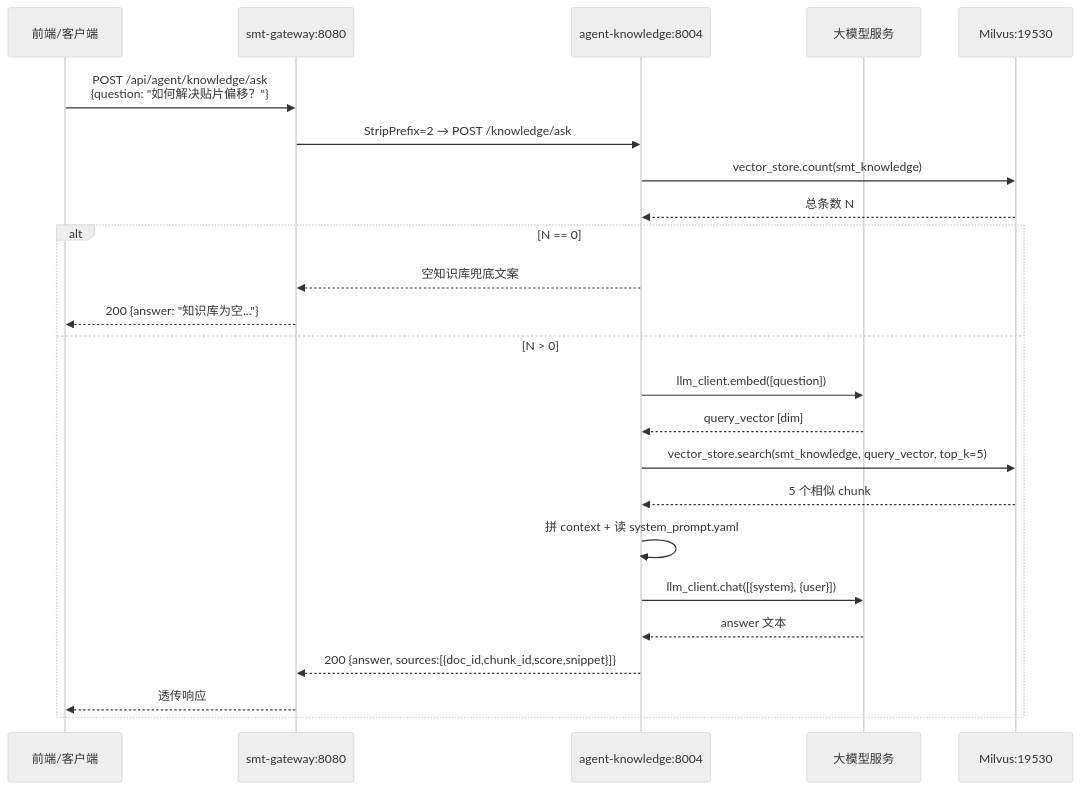
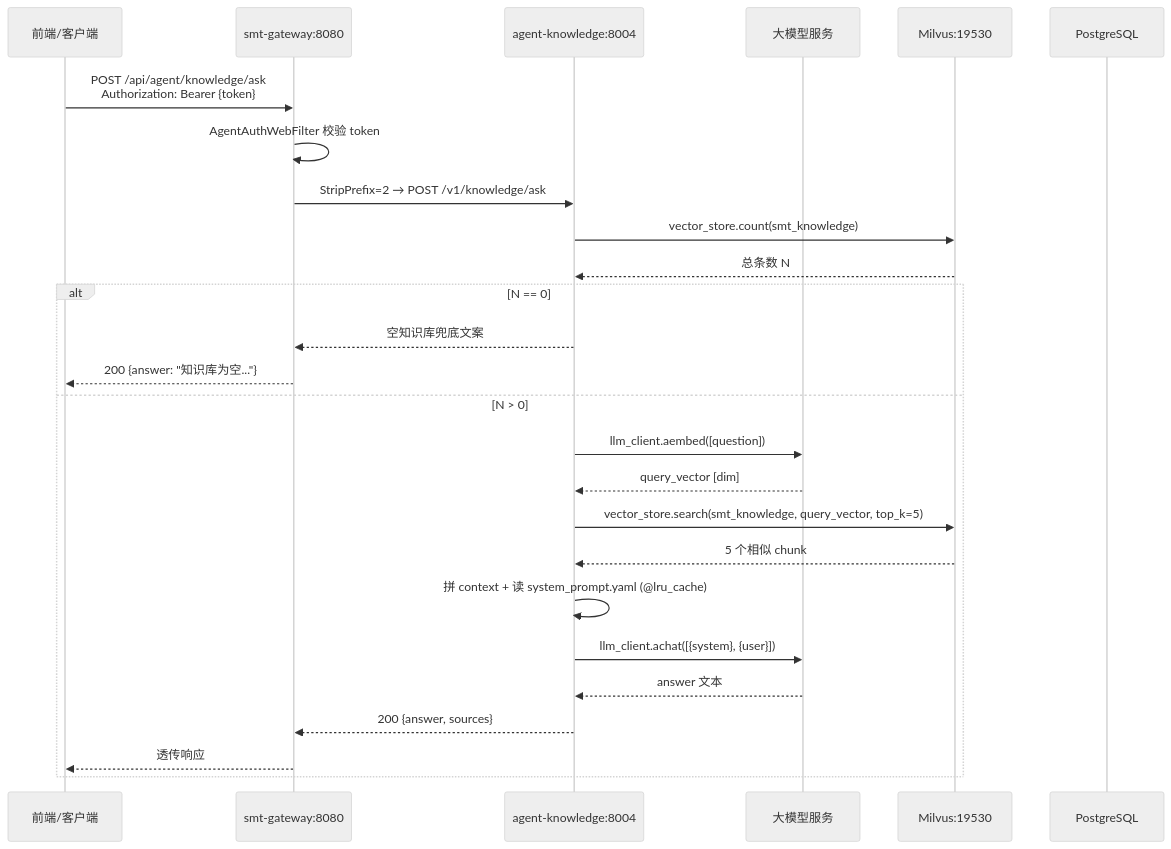
One commit to north30-dev/smt-agent-platform changed the second of 8 diagrams in docs/explaination/project-explanation-phase2.md. Above: the diagram before and after it, drawn with Mermaid (neutral theme). The commit also changed other lines of this file and 2 other files, not shown here.

````diff
--- a/docs/explaination/project-explanation-phase2.md
+++ b/docs/explaination/project-explanation-phase2.md
@@ -223,27 +232,29 @@
 ```mermaid
 sequenceDiagram
     participant FE as 前端/客户端
     participant GW as smt-gateway:8080
     participant AK as agent-knowledge:8004
     participant LLM as 大模型服务
     participant Mil as Milvus:19530
+    participant PG as PostgreSQL
 
-    FE->>GW: POST /api/agent/knowledge/ask<br/>{question: "如何解决贴片偏移？"}
-    GW->>AK: StripPrefix=2 → POST /knowledge/ask
+    FE->>GW: POST /api/agent/knowledge/ask<br/>Authorization: Bearer {token}
+    GW->>GW: AgentAuthWebFilter 校验 token
+    GW->>AK: StripPrefix=2 → POST /v1/knowledge/ask
     AK->>Mil: vector_store.count(smt_knowledge)
     Mil-->>AK: 总条数 N
     alt N == 0
         AK-->>GW: 空知识库兜底文案
         GW-->>FE: 200 {answer: "知识库为空..."}
     else N > 0
-        AK->>LLM: llm_client.embed([question])
+        AK->>LLM: llm_client.aembed([question])
         LLM-->>AK: query_vector [dim]
         AK->>Mil: vector_store.search(smt_knowledge, query_vector, top_k=5)
         Mil-->>AK: 5 个相似 chunk
-        AK->>AK: 拼 context + 读 system_prompt.yaml
-        AK->>LLM: llm_client.chat([{system}, {user}])
+        AK->>AK: 拼 context + 读 system_prompt.yaml (@lru_cache)
+        AK->>LLM: llm_client.achat([{system}, {user}])
         LLM-->>AK: answer 文本
-        AK-->>GW: 200 {answer, sources:[{doc_id,chunk_id,score,snippet}]}
+        AK-->>GW: 200 {answer, sources}
         GW-->>FE: 透传响应
     end
 ```
````
